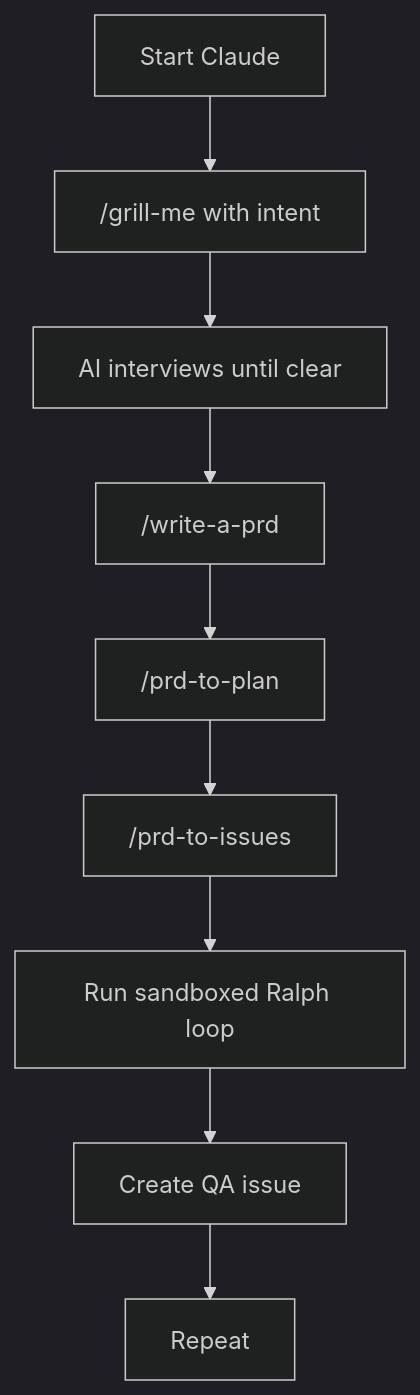
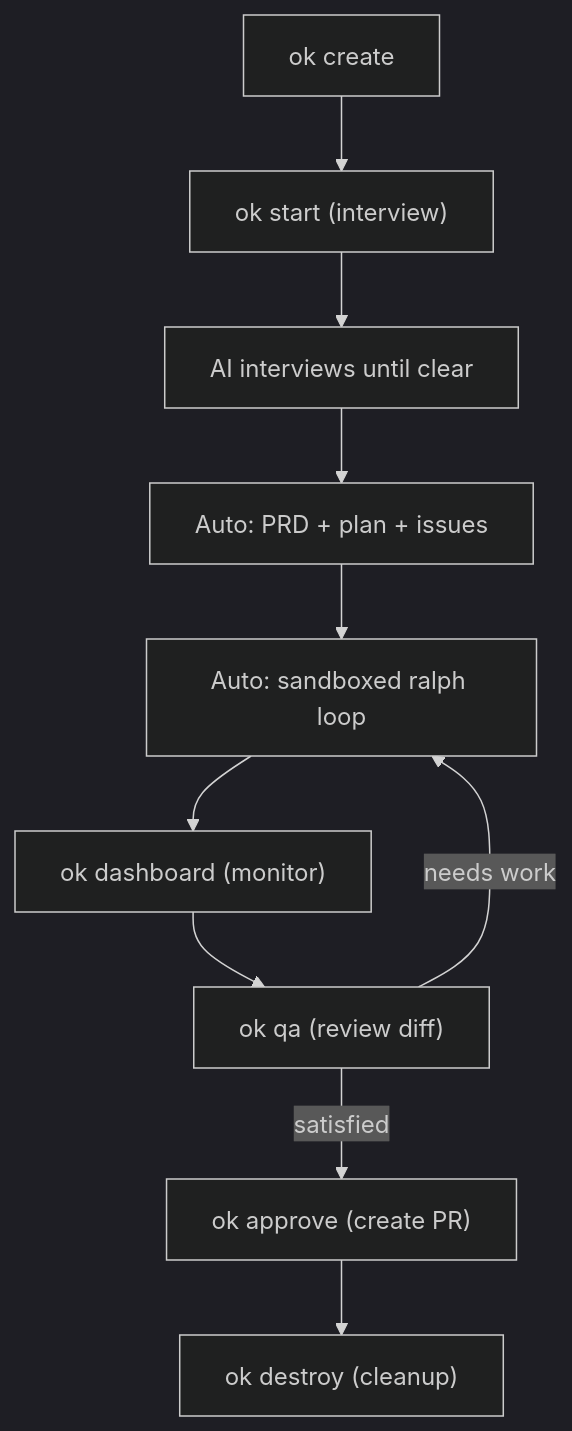
One commit to zdiegoramos/orchestration-kit changed the diagram in README.md. Above: the diagram before and after it, drawn with Mermaid (dark theme). The commit also changed other lines of this file and 15 other files, not shown here.

````diff
--- a/README.md
+++ b/README.md
@@ -19,11 +18,12 @@
 ```mermaid
 flowchart TD
-  A[Start Claude] --> B["/grill-me with intent"]
+  A["ok create"] --> B["ok start (interview)"]
   B --> C[AI interviews until clear]
-  C --> D["/write-a-prd"]
-  D --> E["/prd-to-plan"]
-  E --> F["/prd-to-issues"]
-  F --> G[Run sandboxed Ralph loop]
-  G --> H[Create QA issue]
-  H --> I[Repeat]
+  C --> D[Auto: PRD + plan + issues]
+  D --> E[Auto: sandboxed ralph loop]
+  E --> F["ok dashboard (monitor)"]
+  F --> G["ok qa (review diff)"]
+  G -->|satisfied| H["ok approve (create PR)"]
+  G -->|needs work| E
+  H --> I["ok destroy (cleanup)"]
 ```
````
